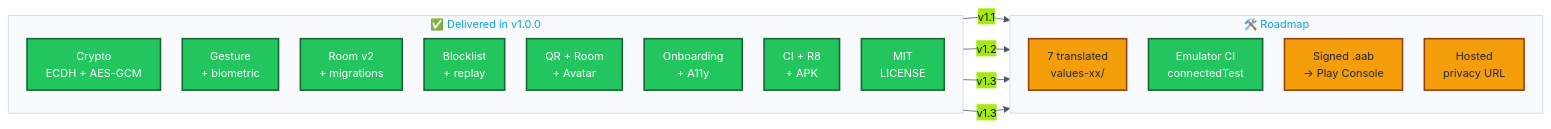
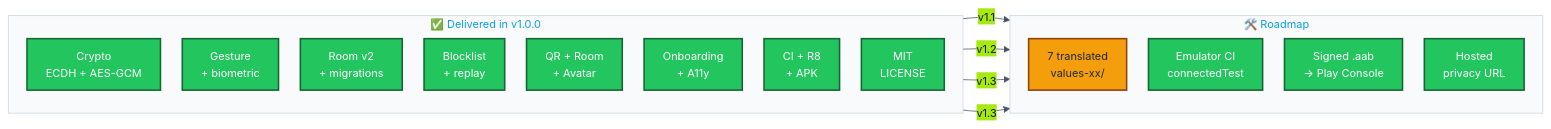
One commit to showerideas/Aura changed the diagram in docs/AUDIT.md. Above: the diagram before and after it, drawn with Mermaid. The commit also changed other lines of this file and 6 other files, not shown here.

Commit message:
feat(ci): v1.3.0 — Play Store CI pipeline, GitHub Pages privacy policy

````diff
--- a/docs/AUDIT.md
+++ b/docs/AUDIT.md
@@ -68,38 +68,38 @@
 ```mermaid
 %%{init: {'theme':'base','themeVariables':{
   'fontFamily':'ui-monospace, SFMono-Regular, Menlo, Monaco, monospace',
   'fontSize':'14px',
   'primaryColor':'#0EA5E9',
   'primaryTextColor':'#0F172A',
   'primaryBorderColor':'#075985',
   'lineColor':'#475569',
   'clusterBkg':'#F8FAFC',
   'clusterBorder':'#CBD5E1'
 },'flowchart':{'curve':'basis','nodeSpacing':28,'rankSpacing':34,'padding':12}}}%%
 flowchart LR
     subgraph DONE["✅&nbsp;Delivered&nbsp;in&nbsp;v1.0.0"]
         direction TB
         d1["Crypto<br/>ECDH&nbsp;+&nbsp;AES-GCM"]:::ok
         d2["Gesture<br/>+&nbsp;biometric"]:::ok
         d3["Room&nbsp;v2<br/>+&nbsp;migrations"]:::ok
         d4["Blocklist<br/>+&nbsp;replay"]:::ok
         d5["QR&nbsp;+&nbsp;Room<br/>+&nbsp;Avatar"]:::ok
         d6["Onboarding<br/>+&nbsp;A11y"]:::ok
         d7["CI&nbsp;+&nbsp;R8<br/>+&nbsp;APK"]:::ok
         d8["MIT<br/>LICENSE"]:::ok
     end
     subgraph TODO["🛠️&nbsp;Roadmap"]
         direction TB
         g1["7&nbsp;translated<br/>values-xx/"]:::warn
         g2["Emulator&nbsp;CI<br/>connectedTest"]:::ok
-        g3["Signed&nbsp;.aab<br/>→&nbsp;Play&nbsp;Console"]:::warn
-        g4["Hosted<br/>privacy&nbsp;URL"]:::warn
+        g3["Signed&nbsp;.aab<br/>→&nbsp;Play&nbsp;Console"]:::ok
+        g4["Hosted<br/>privacy&nbsp;URL"]:::ok
     end
     DONE -->|"v1.1"| g1
     DONE -->|"v1.2"| g2
     DONE -->|"v1.3"| g3
     DONE -->|"v1.3"| g4
 
     classDef ok fill:#22C55E,color:#FFFFFF,stroke:#166534,stroke-width:2px
     classDef warn fill:#F59E0B,color:#1F2937,stroke:#92400E,stroke-width:2px
 ```
````
